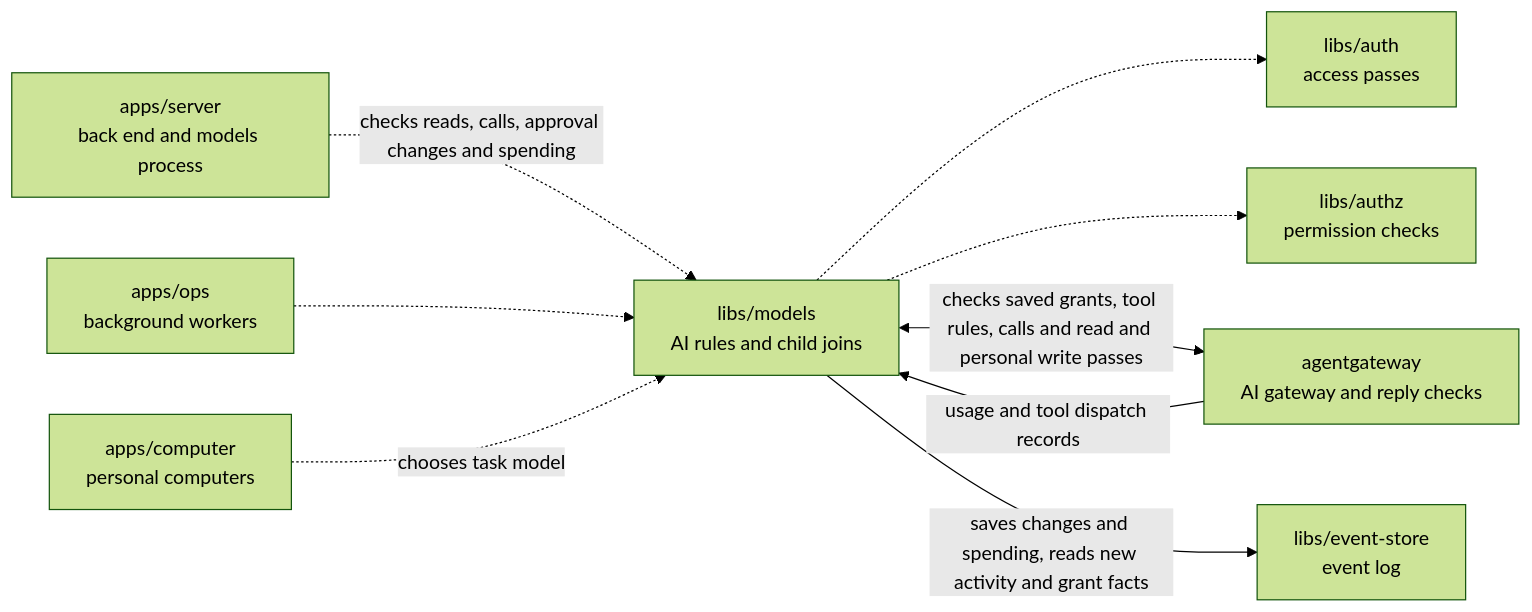
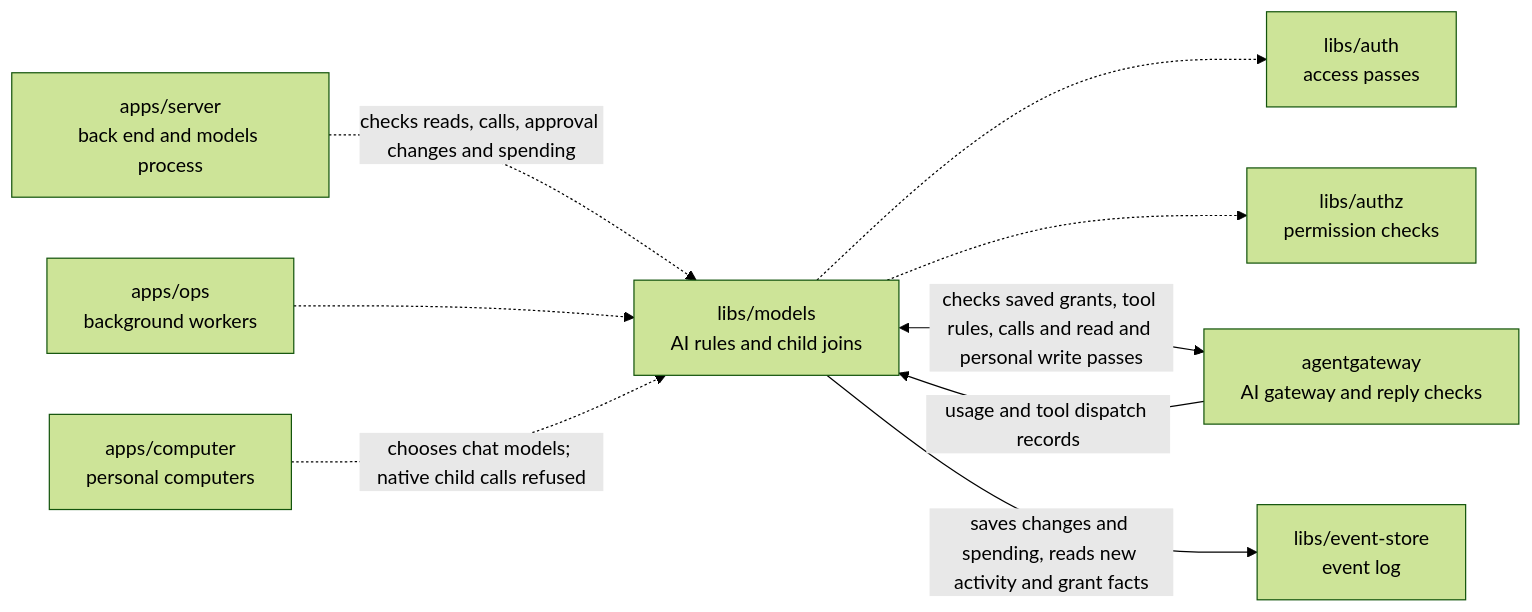
Before and after one commit to elewa-git/opencrane-new: the diagram in libs/models/README.md, drawn with Mermaid (forest theme). The commit also changed other lines of this file and 27 other files, not shown here.

Commit message:
🧩 Record delegated tasks while keeping native calls disabled

````diff
--- a/libs/models/README.md
+++ b/libs/models/README.md
@@ -11,11 +11,11 @@
 ```mermaid
 flowchart LR
   server["apps/server<br/>back end and models process"] -.->|checks reads, calls, approval changes and spending| models["libs/models<br/>AI rules and child joins"]
   ops["apps/ops<br/>background workers"] -.-> models
-  computer["apps/computer<br/>personal computers"] -.->|chooses task model| models
+  computer["apps/computer<br/>personal computers"] -.->|chooses chat models; native child calls refused| models
   models -.-> auth["libs/auth<br/>access passes"]
   models -.-> authz["libs/authz<br/>permission checks"]
   models <-->|checks saved grants, tool rules, calls and read and personal write passes| gateway["agentgateway<br/>AI gateway and reply checks"]
   gateway -->|usage and tool dispatch records| models
   models -->|saves changes and spending, reads new activity and grant facts| store["libs/event-store<br/>event log"]
 ```
````
